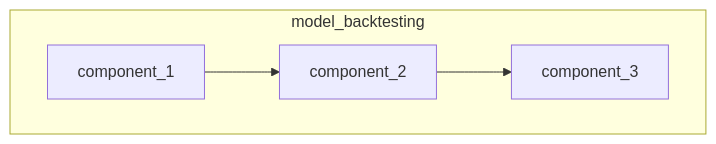
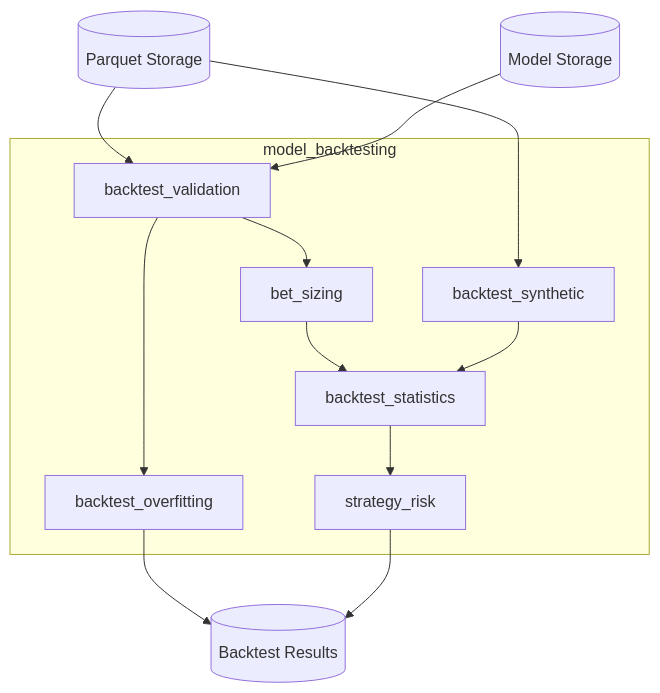
One commit to kwonjunhyuk9/financial-machine-learning changed the fifth of 6 diagrams in docs/architecture.md. Above: the diagram before and after it, drawn with Mermaid. The commit also changed other lines of this file and 3 other files, not shown here.

````diff
--- a/docs/architecture.md
+++ b/docs/architecture.md
@@ -144,11 +139,26 @@
 ```mermaid
 flowchart TD
+    parquet[("Parquet Storage")]
+    model_storage[("Model Storage")]
+    results[("Backtest Results")]
+
     subgraph mb[model_backtesting]
-        c1[component_1]
-        c2[component_2]
-        c3[component_3]
+        validation[backtest_validation]
+        synthetic[backtest_synthetic]
+        overfitting[backtest_overfitting]
+        sizing[bet_sizing]
+        statistics[backtest_statistics]
+        risk[strategy_risk]
     end
 
-    c1 --> c2
-    c2 --> c3
+    parquet --> validation
+    model_storage --> validation
+    parquet --> synthetic
+    validation --> overfitting
+    validation --> sizing
+    sizing --> statistics
+    synthetic --> statistics
+    overfitting --> results
+    statistics --> risk
+    risk --> results
 ```
````
